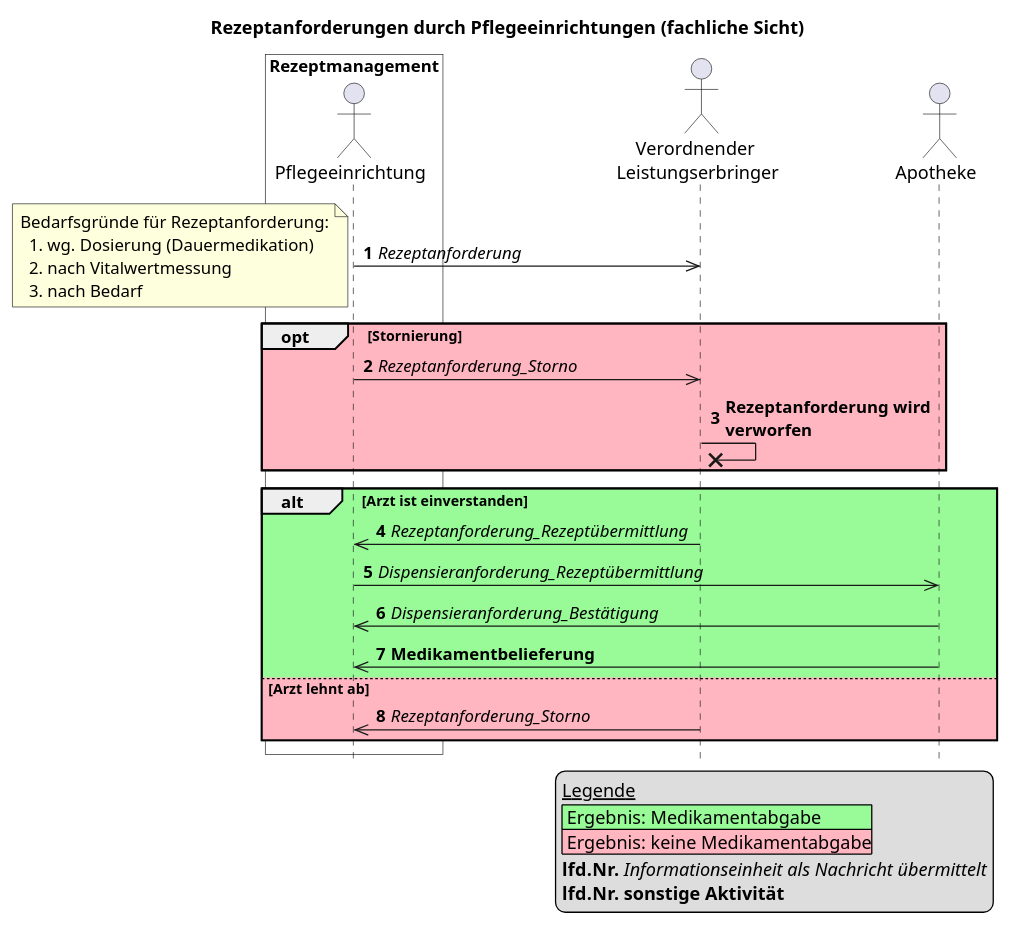
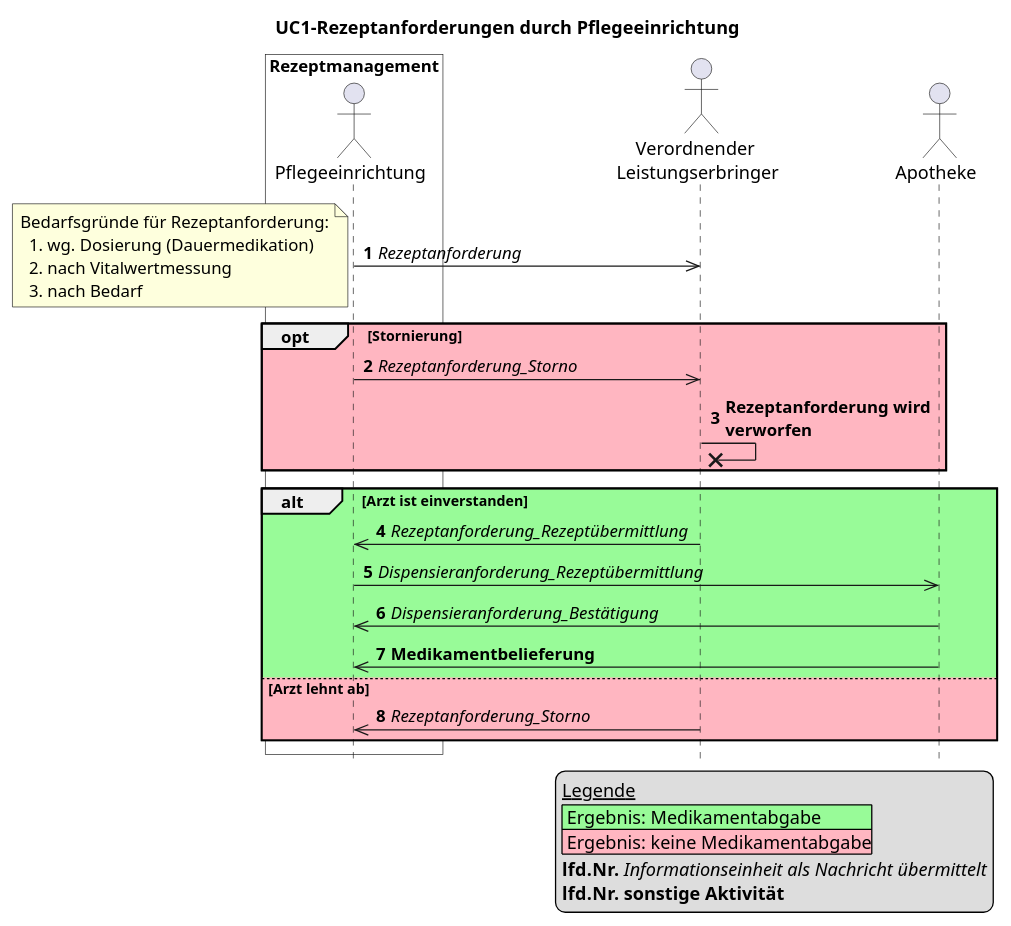
The diagram in Resources/puml/gemF_eRp_KIM/UC1-rezeptanforderung-pflege.puml (gematik/spec-E-Rezept-ServiceRequest), drawn with PlantUML before and after one commit. The commit also changed 5 other files, not shown here.

```diff
--- a/Resources/puml/gemF_eRp_KIM/UC1-rezeptanforderung-pflege.puml
+++ b/Resources/puml/gemF_eRp_KIM/UC1-rezeptanforderung-pflege.puml
@@ -1,50 +1,50 @@
-@startuml name = "Rezeptanforderung-Pflege"
+@startuml name = "UC1-Rezeptanforderung-Pflege"
 
 
 skinparam maxMessageSize 200
 
 box "Rezeptmanagement" #White
     actor "Pflegeeinrichtung" as Pflegeeinrichtung
 end box
 actor "Verordnender \nLeistungserbringer" as Arztpraxis
 actor Apotheke
 
-title Rezeptanforderungen durch Pflegeeinrichtungen (fachliche Sicht)
+title UC1-Rezeptanforderungen durch Pflegeeinrichtung
 hide footbox
 autonumber
 
 legend bottom right
     __Legende__
     |<#PaleGreen> Ergebnis: Medikamentabgabe|
     |<#LightPink> Ergebnis: keine Medikamentabgabe|
     **lfd.Nr.** //Informationseinheit als Nachricht übermittelt//
     **lfd.Nr.** **sonstige Aktivität**
 endlegend
 
 Pflegeeinrichtung ->> Arztpraxis: //Rezeptanforderung//
 note left
     Bedarfsgründe für Rezeptanforderung:
       1. wg. Dosierung (Dauermedikation)
       2. nach Vitalwertmessung
       3. nach Bedarf
 end note
 
 opt #LightPink Stornierung
     Pflegeeinrichtung ->> Arztpraxis: //Rezeptanforderung_Storno//
     Arztpraxis ->x Arztpraxis: **Rezeptanforderung wird verworfen**
 end
 
 alt #PaleGreen Arzt ist einverstanden 
     
     Arztpraxis ->> Pflegeeinrichtung: //Rezeptanforderung_Rezeptübermittlung//
     Pflegeeinrichtung ->> Apotheke: //Dispensieranforderung_Rezeptübermittlung//
     
     Apotheke ->> Pflegeeinrichtung: //Dispensieranforderung_Bestätigung//
     Apotheke ->> Pflegeeinrichtung: **Medikamentbelieferung**
     
 else #LightPink Arzt lehnt ab
     Arztpraxis ->> Pflegeeinrichtung: //Rezeptanforderung_Storno//
 end
 
 
 @enduml
```
